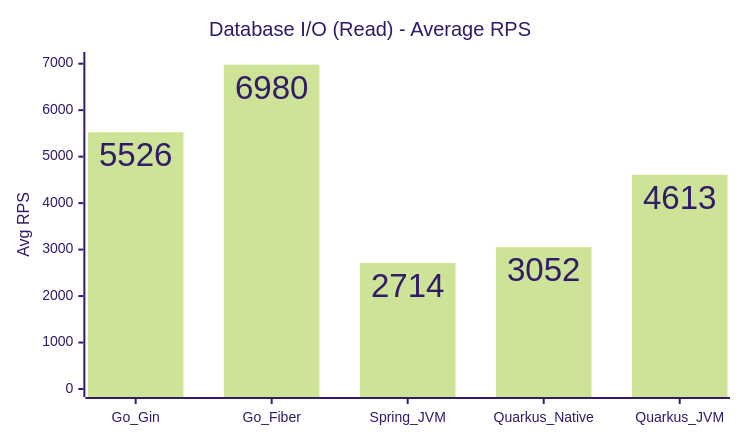
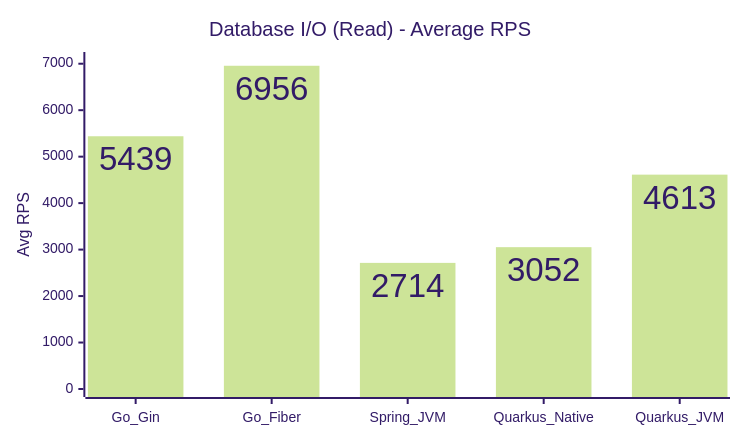
The fourth of 15 diagrams in COMPARISON_REPORT.md (hiiamtin/go-vs-java), drawn with Mermaid (forest theme) before and after one commit. The commit also changed other lines of this file and 58 other files, not shown here.

````diff
--- a/COMPARISON_REPORT.md
+++ b/COMPARISON_REPORT.md
@@ -93,14 +93,14 @@
 ```mermaid
 ---
 config:
   xyChart:
     width: 720
     height: 420
     showDataLabel: true
 ---
 xychart
     title "Database I/O (Read) - Average RPS"
     x-axis [Go_Gin, Go_Fiber, Spring_JVM, Quarkus_Native, Quarkus_JVM]
     y-axis "Avg RPS" 0 --> 7080
-    bar [5526, 6980, 2714, 3052, 4613]
+    bar [5439, 6956, 2714, 3052, 4613]
 ```
````
